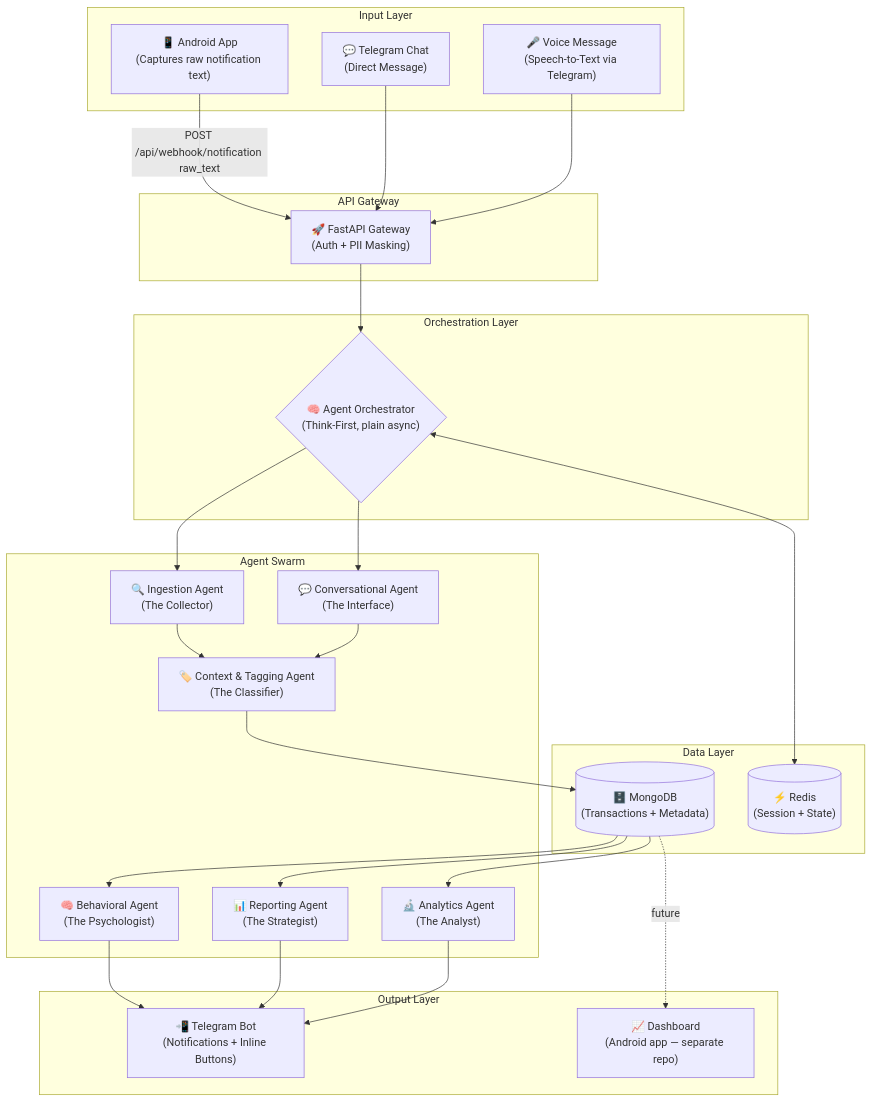
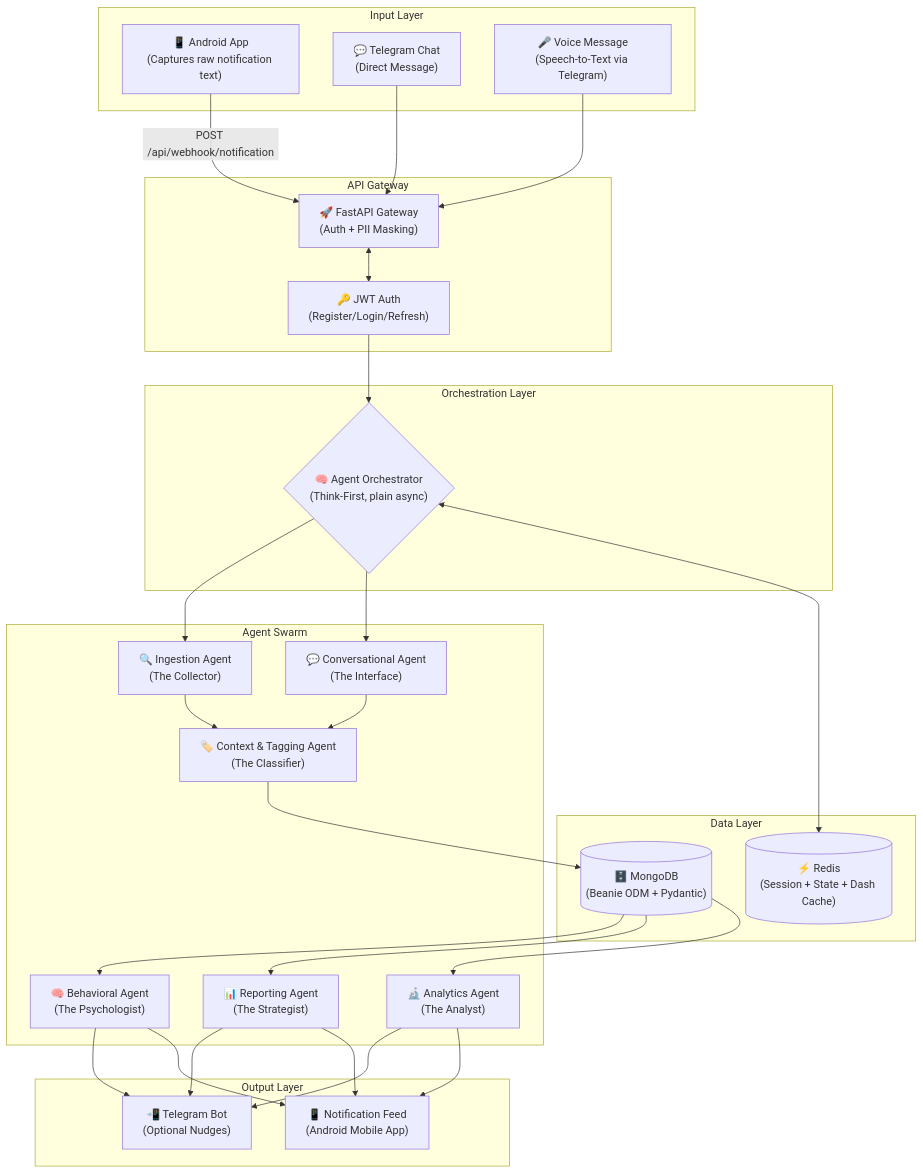
The first of 2 diagrams in docs/ARCHITECTURE.md (nqhuy44/chiwi), drawn with Mermaid before and after one commit. The commit also changed other lines of this file and 50 other files, not shown here.

Commit message:
refactor schema of the project, move to use ODM

````diff
--- a/docs/ARCHITECTURE.md
+++ b/docs/ARCHITECTURE.md
@@ -21,50 +21,51 @@
 ```mermaid
 graph TD
     subgraph Input Layer
         A1["📱 Android App<br/>(Captures raw notification text)"]
         A2["💬 Telegram Chat<br/>(Direct Message)"]
         A3["🎤 Voice Message<br/>(Speech-to-Text via Telegram)"]
     end
 
     subgraph API Gateway
         B["🚀 FastAPI Gateway<br/>(Auth + PII Masking)"]
+        B_AUTH["🔑 JWT Auth<br/>(Register/Login/Refresh)"]
     end
 
     subgraph Orchestration Layer
         C{"🧠 Agent Orchestrator<br/>(Think-First, plain async)"}
     end
 
     subgraph Agent Swarm
         D["🔍 Ingestion Agent<br/>(The Collector)"]
         E["💬 Conversational Agent<br/>(The Interface)"]
         F["🏷️ Context & Tagging Agent<br/>(The Classifier)"]
         G["🧠 Behavioral Agent<br/>(The Psychologist)"]
         H["📊 Reporting Agent<br/>(The Strategist)"]
         I2["🔬 Analytics Agent<br/>(The Analyst)"]
     end
 
     subgraph Data Layer
-        I[("🗄️ MongoDB<br/>(Transactions + Metadata)")]
-        J[("⚡ Redis<br/>(Session + State)")]
+        I[("🗄️ MongoDB<br/>(Beanie ODM + Pydantic)")]
+        J[("⚡ Redis<br/>(Session + State + Dash Cache)")]
     end
 
     subgraph Output Layer
-        K["📲 Telegram Bot<br/>(Notifications + Inline Buttons)"]
-        L["📈 Dashboard<br/>(Android app — separate repo)"]
+        K["📲 Telegram Bot<br/>(Optional Nudges)"]
+        L["📱 Notification Feed<br/>(Android Mobile App)"]
     end
 
-    A1 -->|POST /api/webhook/notification raw_text| B
+    A1 -->|POST /api/webhook/notification| B
     A2 & A3 --> B
-    B --> C
+    B <--> B_AUTH
+    B_AUTH --> C
     C --> D & E
     D & E --> F
     F --> I
     I --> G
-    G --> K
+    G --> K & L
     I --> H
     I --> I2
-    H --> K
-    I2 --> K
-    I -.->|future| L
+    H --> K & L
+    I2 --> K & L
     C <--> J
 ```
````
